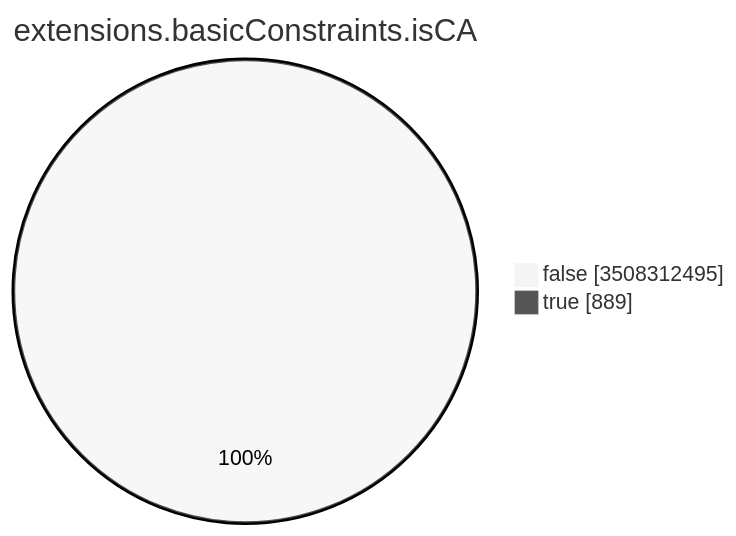
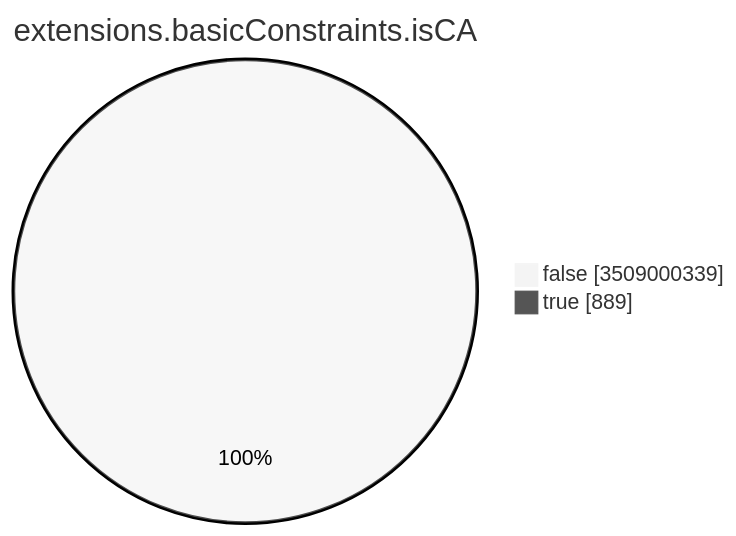
Before and after one commit to christiankrug/ctmonitor_visualization: the seventh of 15 diagrams in TOTAL/README.md, drawn with Mermaid (neutral theme). The commit also changed other lines of this file, not shown here.

````diff
--- a/TOTAL/README.md
+++ b/TOTAL/README.md
@@ -3094,6 +3094,6 @@
 ```mermaid
 pie showData
 title extensions.basicConstraints.isCA
-"false" :3508312495
+"false" :3509000339
 "true" :889
 ```
````
